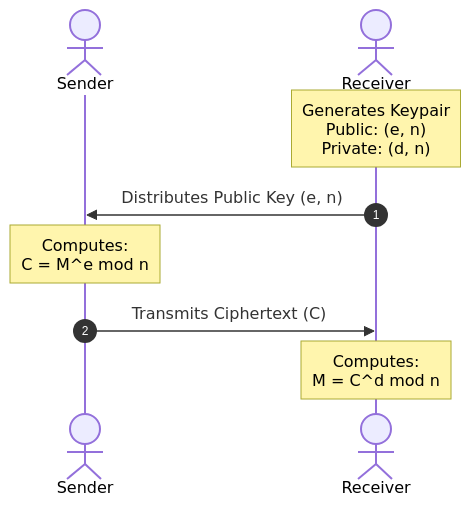
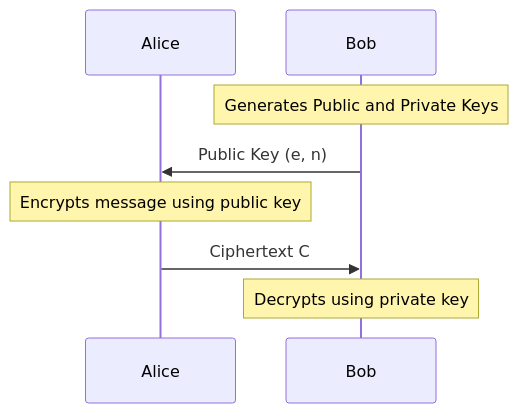
The third of 3 diagrams in 03-Academics/Network_Security/RSA.md (namaewafaisal/Obsidian_Vault), drawn with Mermaid before and after one commit. The commit also changed other lines of this file and 1 other file, not shown here.

````diff
--- a/03-Academics/Network_Security/RSA.md
+++ b/03-Academics/Network_Security/RSA.md
@@ -186,11 +373,15 @@
 ```mermaid
 sequenceDiagram
-    autonumber
-    actor Alice as Sender
-    actor Bob as Receiver
-    Note over Bob: Generates Keypair<br>Public: (e, n)<br>Private: (d, n)
-    Bob->>Alice: Distributes Public Key (e, n)
-    Note over Alice: Computes:<br>C = M^e mod n
-    Alice->>Bob: Transmits Ciphertext (C)
-    Note over Bob: Computes:<br>M = C^d mod n
+    participant Alice
+    participant Bob
+
+    Note over Bob: Generates Public and Private Keys
+
+    Bob->>Alice: Public Key (e, n)
+
+    Note over Alice: Encrypts message using public key
+
+    Alice->>Bob: Ciphertext C
+
+    Note over Bob: Decrypts using private key
 ```
````
